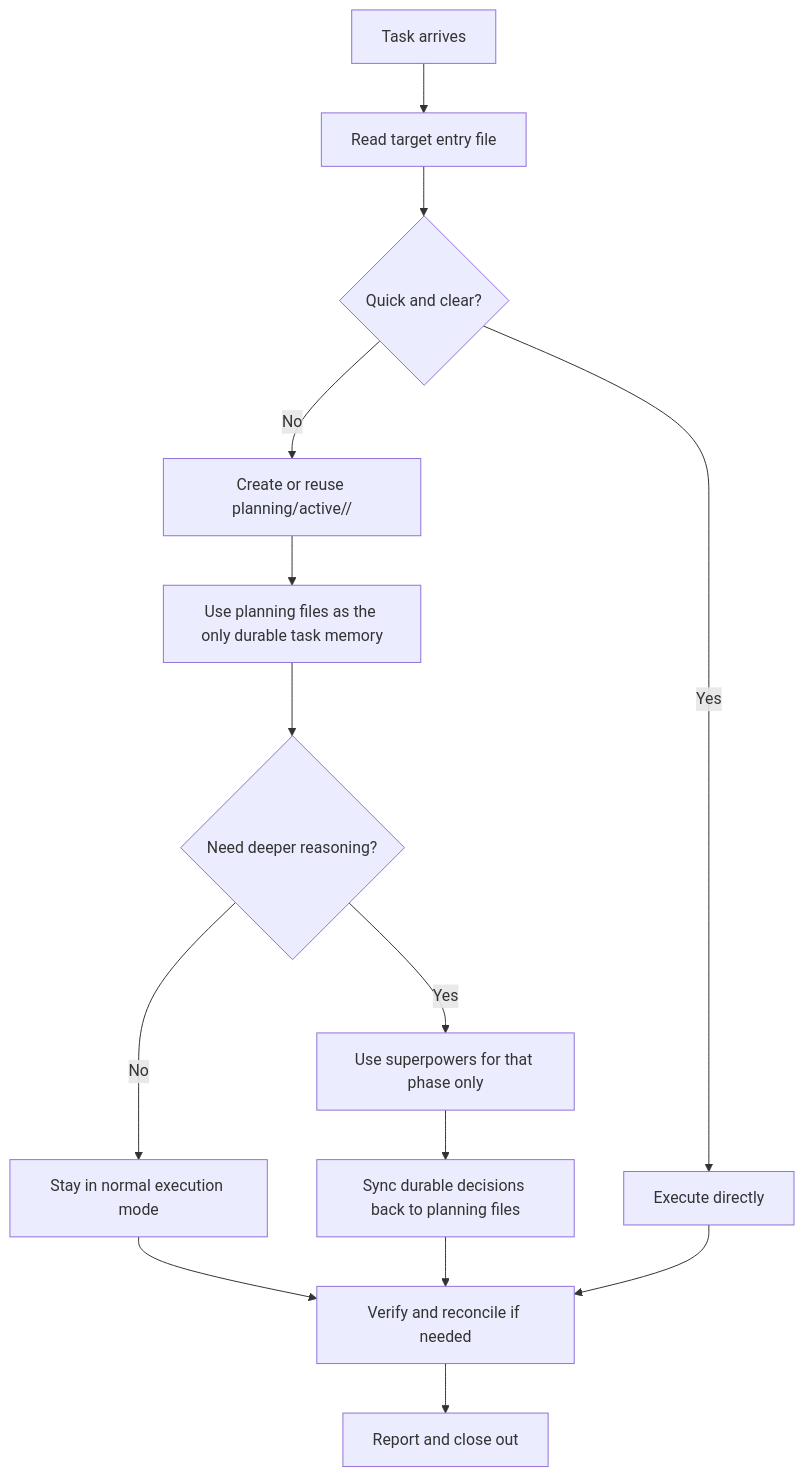
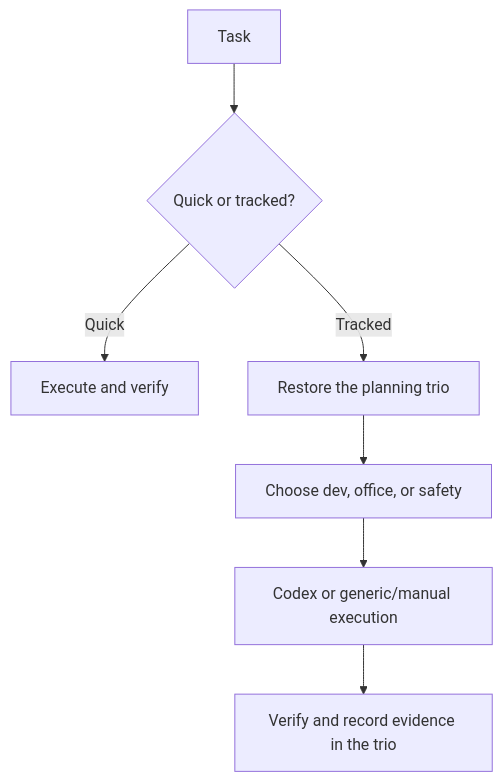
One commit to ilderaj/superpowering-with-files changed the diagram in README.md. Above: the diagram before and after it, drawn with Mermaid. The commit also changed other lines of this file and 9 other files, not shown here.

Commit message:
docs: align public install contract with Codex Trio

````diff
--- a/README.md
+++ b/README.md
@@ -18,16 +7,9 @@
 ```mermaid
 flowchart TD
-    A["Task arrives"] --> B["Read target entry file"]
-    B --> C{"Quick and clear?"}
-    C -- "Yes" --> D["Execute directly"]
-    C -- "No" --> E["Create or reuse planning/active/<task-id>/"]
-    E --> F["Use planning files as the only durable task memory"]
-    F --> G{"Need deeper reasoning?"}
-    G -- "Yes" --> H["Use superpowers for that phase only"]
-    G -- "No" --> I["Stay in normal execution mode"]
-    H --> J["Sync durable decisions back to planning files"]
-    I --> K["Verify and reconcile if needed"]
-    J --> K
-    D --> K
-    K --> L["Report and close out"]
+    A["Task"] --> B{"Quick or tracked?"}
+    B -- "Quick" --> C["Execute and verify"]
+    B -- "Tracked" --> D["Restore the planning trio"]
+    D --> E["Choose dev, office, or safety"]
+    E --> F["Codex or generic/manual execution"]
+    F --> G["Verify and record evidence in the trio"]
 ```
````
